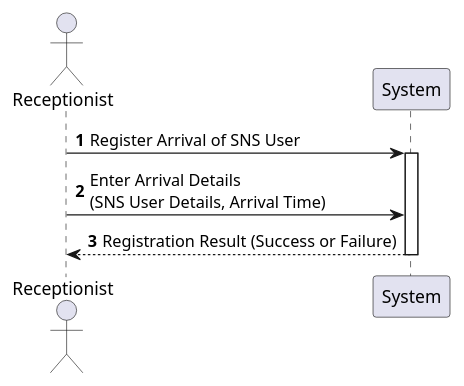
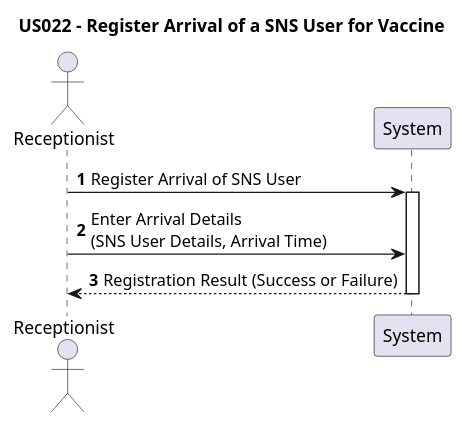
The diagram in src/doc/global/User Stories/US022/US022.puml (tbarracha/upskill-pds-software-development-project-Tiago), drawn with PlantUML before and after one commit. The commit also changed 12 other files, not shown here.

```diff
--- a/src/doc/global/User Stories/US022/US022.puml
+++ b/src/doc/global/User Stories/US022/US022.puml
@@ -1,15 +1,16 @@
 @startuml
+title US022 - Register Arrival of a SNS User for Vaccine
 autonumber
 actor Receptionist as Reception
 
 Reception -> System: Register Arrival of SNS User
 activate System
 
 ' Receptionist provides details for the arrival registration
 Reception -> System: Enter Arrival Details\n(SNS User Details, Arrival Time)
 
 ' System processes the request and confirms the arrival registration
 System --> Reception: Registration Result (Success or Failure)
 
 deactivate System
 @enduml
```
